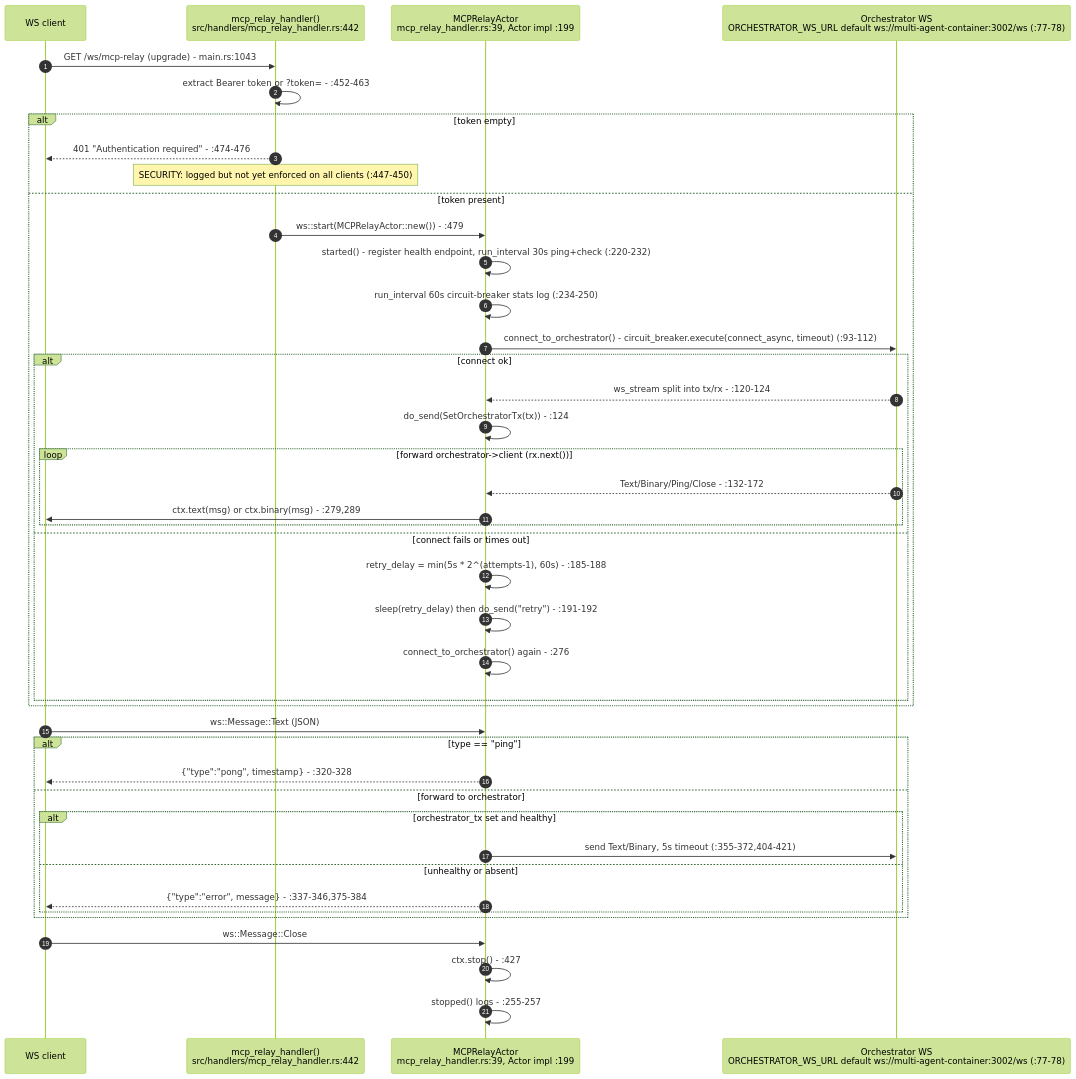
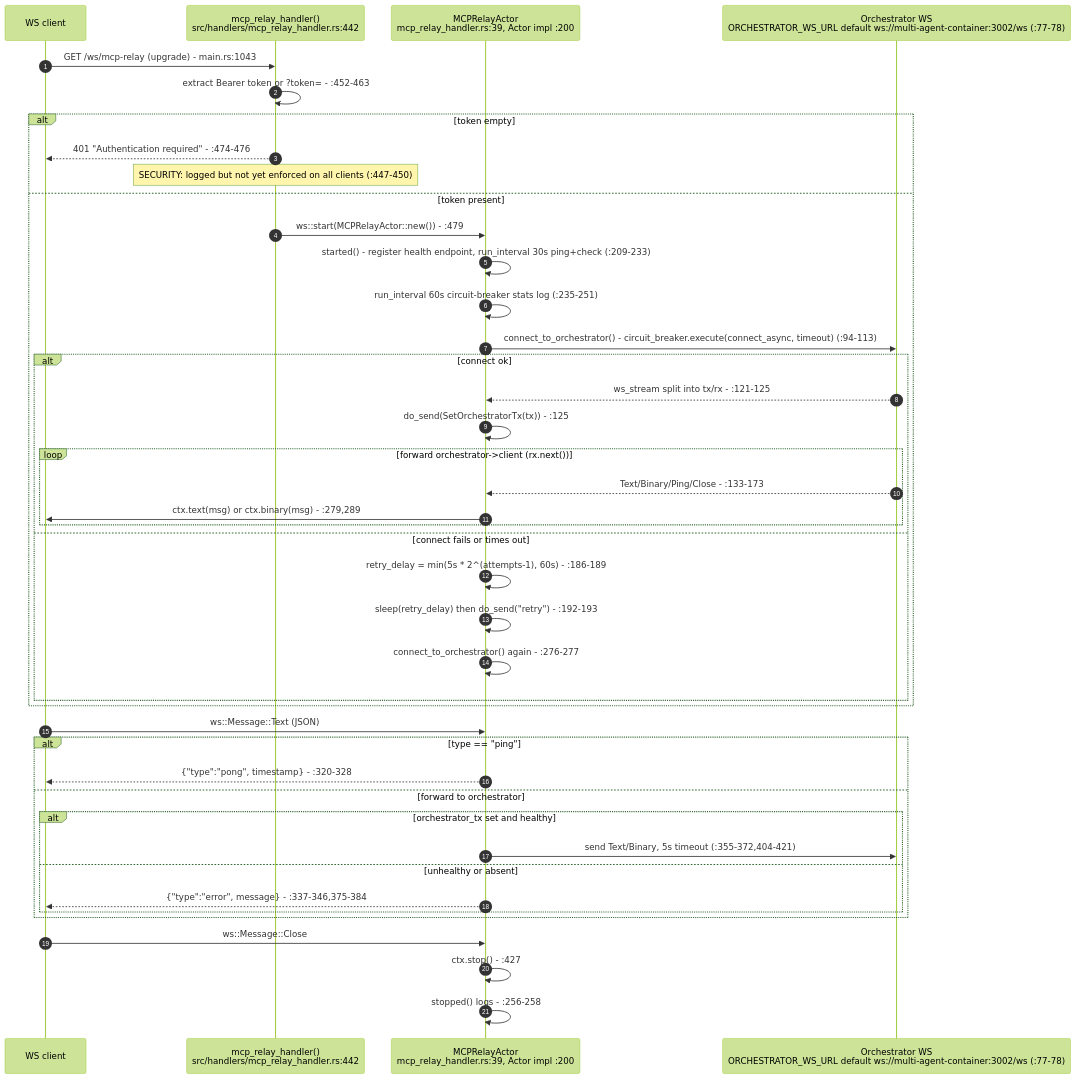
The third of 13 diagrams in docs/diagrams/visionclaw/27-agent-integration-mcp-relay.md (DreamLab-AI/VisionFlow), drawn with Mermaid (forest theme) before and after one commit. The commit also changed other lines of this file and 52 other files, not shown here.

First line of the commit message:
docs(diagrams): wave 3 checkpoint — bare line refs resolved, revision-pinned cite-check, VC-05/AB-01..13 re-attested

````diff
--- a/docs/diagrams/visionclaw/27-agent-integration-mcp-relay.md
+++ b/docs/diagrams/visionclaw/27-agent-integration-mcp-relay.md
@@ -118,45 +118,45 @@
 ```mermaid
 sequenceDiagram
     autonumber
     participant Client as WS client
     participant H as mcp_relay_handler()<br/>src/handlers/mcp_relay_handler.rs:442
-    participant A as MCPRelayActor<br/>mcp_relay_handler.rs:39, Actor impl :199
+    participant A as MCPRelayActor<br/>mcp_relay_handler.rs:39, Actor impl :200
     participant O as Orchestrator WS<br/>ORCHESTRATOR_WS_URL default ws://multi-agent-container:3002/ws (:77-78)
 
     Client->>H: GET /ws/mcp-relay (upgrade) - main.rs:1043
     H->>H: extract Bearer token or ?token= - :452-463
     alt token empty
         H-->>Client: 401 "Authentication required" - :474-476
         Note over H: SECURITY: logged but not yet enforced on all clients (:447-450)
     else token present
         H->>A: ws::start(MCPRelayActor::new()) - :479
-        A->>A: started() - register health endpoint, run_interval 30s ping+check (:220-232)
-        A->>A: run_interval 60s circuit-breaker stats log (:234-250)
-        A->>O: connect_to_orchestrator() - circuit_breaker.execute(connect_async, timeout) (:93-112)
+        A->>A: started() - register health endpoint, run_interval 30s ping+check (:209-233)
+        A->>A: run_interval 60s circuit-breaker stats log (:235-251)
+        A->>O: connect_to_orchestrator() - circuit_breaker.execute(connect_async, timeout) (:94-113)
         alt connect ok
-            O-->>A: ws_stream split into tx/rx - :120-124
-            A->>A: do_send(SetOrchestratorTx(tx)) - :124
+            O-->>A: ws_stream split into tx/rx - :121-125
+            A->>A: do_send(SetOrchestratorTx(tx)) - :125
             loop forward orchestrator->client (rx.next())
-                O-->>A: Text/Binary/Ping/Close - :132-172
+                O-->>A: Text/Binary/Ping/Close - :133-173
                 A->>Client: ctx.text(msg) or ctx.binary(msg) - :279,289
             end
         else connect fails or times out
-            A->>A: retry_delay = min(5s * 2^(attempts-1), 60s) - :185-188
-            A->>A: sleep(retry_delay) then do_send("retry") - :191-192
-            A->>A: connect_to_orchestrator() again - :276
+            A->>A: retry_delay = min(5s * 2^(attempts-1), 60s) - :186-189
+            A->>A: sleep(retry_delay) then do_send("retry") - :192-193
+            A->>A: connect_to_orchestrator() again - :276-277
         end
     end
     Client->>A: ws::Message::Text (JSON)
     alt type == "ping"
         A-->>Client: {"type":"pong", timestamp} - :320-328
     else forward to orchestrator
         alt orchestrator_tx set and healthy
             A->>O: send Text/Binary, 5s timeout (:355-372,404-421)
         else unhealthy or absent
             A-->>Client: {"type":"error", message} - :337-346,375-384
         end
     end
     Client->>A: ws::Message::Close
     A->>A: ctx.stop() - :427
-    A->>A: stopped() logs - :255-257
+    A->>A: stopped() logs - :256-258
 ```
````
